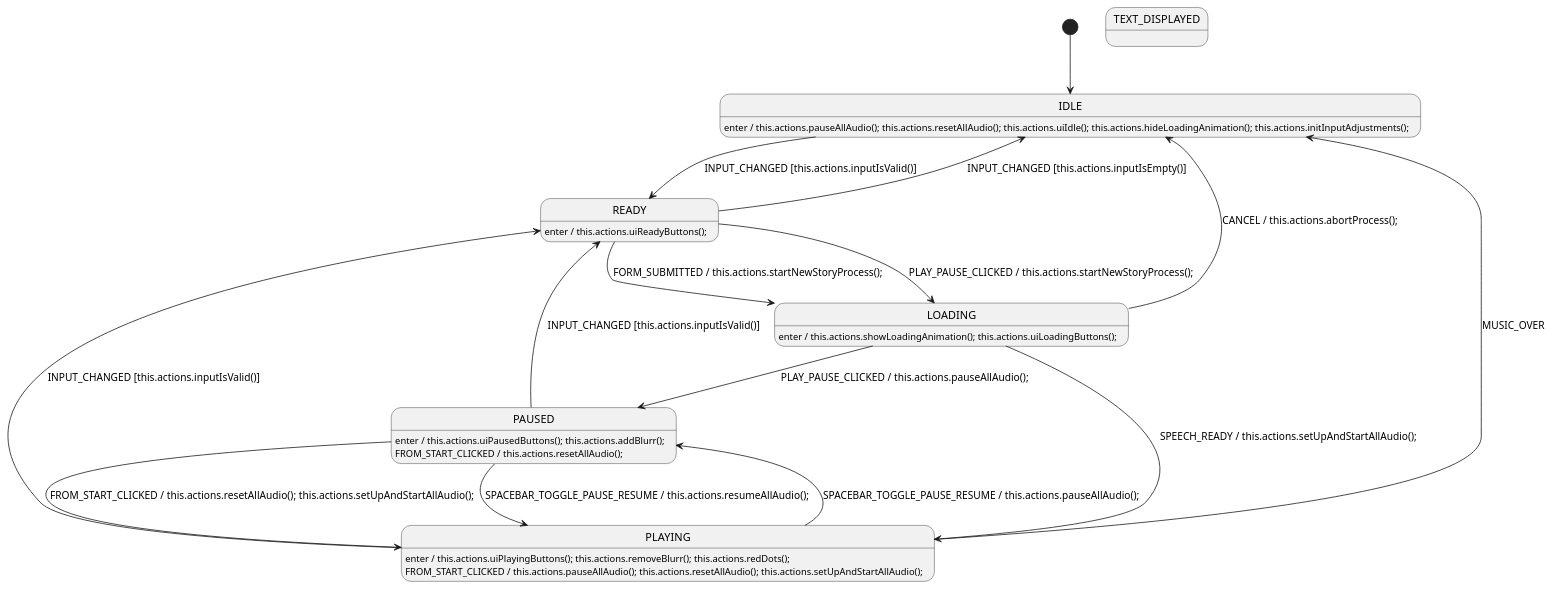
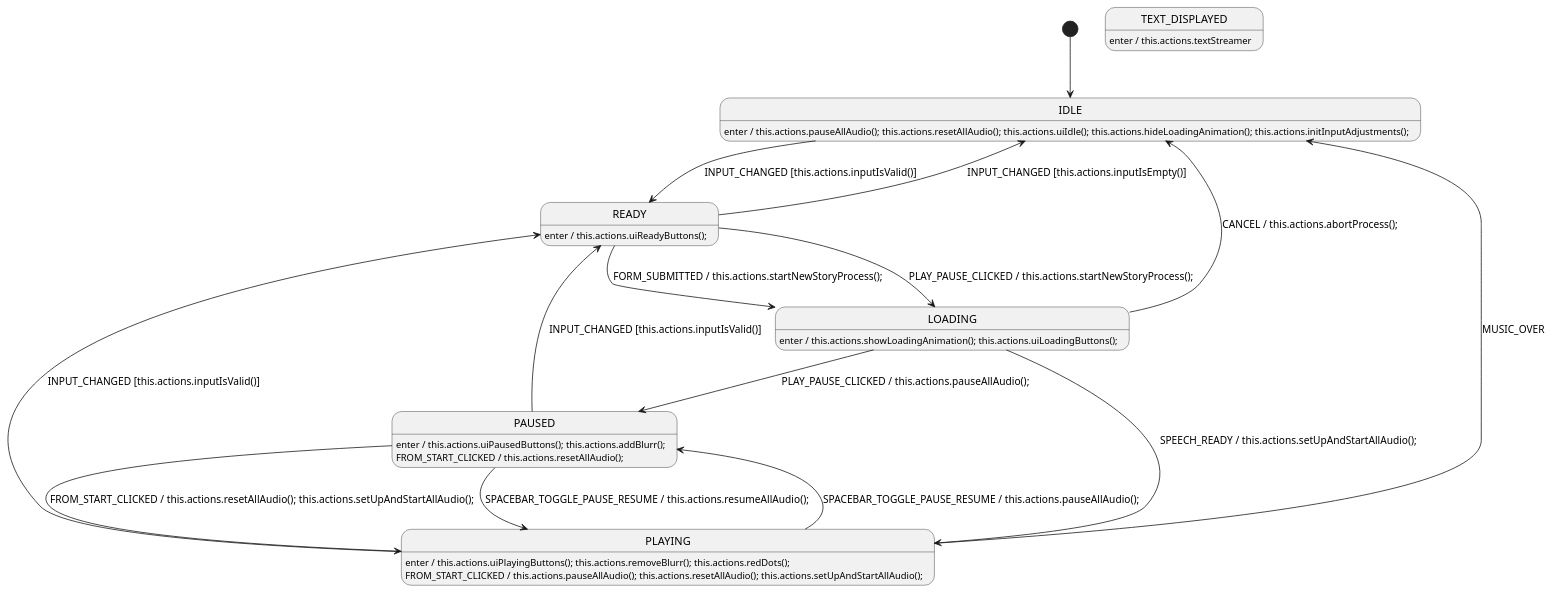
One commit to grannygoestoheaven/teller changed the diagram in static/js/audioSmActions.plantuml. Above: the diagram before and after it, drawn with PlantUML. The commit also changed 23 other files, not shown here.

```diff
--- a/static/js/audioSmActions.plantuml
+++ b/static/js/audioSmActions.plantuml
@@ -1,45 +1,47 @@
 @startuml AudioStateMachine
 
     '############################ States ############################
 
     [*] --> IDLE
 
     state IDLE
     state READY
     state LOADING
     state PLAYING
     state PAUSED
     state TEXT_DISPLAYED
 
     '############################ Handlers ############################
 
     IDLE: enter / this.actions.pauseAllAudio(); this.actions.resetAllAudio(); this.actions.uiIdle(); this.actions.hideLoadingAnimation(); this.actions.initInputAdjustments();
     IDLE --> READY : INPUT_CHANGED [this.actions.inputIsValid()]
 
     READY: enter / this.actions.uiReadyButtons();
     READY --> LOADING : FORM_SUBMITTED / this.actions.startNewStoryProcess();
     READY --> LOADING : PLAY_PAUSE_CLICKED / this.actions.startNewStoryProcess();
     READY --> IDLE : INPUT_CHANGED [this.actions.inputIsEmpty()]
 
     LOADING: enter / this.actions.showLoadingAnimation(); this.actions.uiLoadingButtons();
     LOADING --> PLAYING : SPEECH_READY / this.actions.setUpAndStartAllAudio();
     LOADING --> PAUSED : PLAY_PAUSE_CLICKED / this.actions.pauseAllAudio();
     LOADING --> IDLE : CANCEL / this.actions.abortProcess();
 
     PLAYING: enter / this.actions.uiPlayingButtons(); this.actions.removeBlurr(); this.actions.redDots();
     PLAYING --> PAUSED : SPACEBAR_TOGGLE_PAUSE_RESUME / this.actions.pauseAllAudio();
     PLAYING --> IDLE : MUSIC_OVER
     PLAYING --> READY : INPUT_CHANGED [this.actions.inputIsValid()]
     PLAYING : FROM_START_CLICKED / this.actions.pauseAllAudio(); this.actions.resetAllAudio(); this.actions.setUpAndStartAllAudio();
 
     PAUSED: enter / this.actions.uiPausedButtons(); this.actions.addBlurr();
     PAUSED --> PLAYING : SPACEBAR_TOGGLE_PAUSE_RESUME / this.actions.resumeAllAudio();
     PAUSED --> PLAYING : FROM_START_CLICKED / this.actions.resetAllAudio(); this.actions.setUpAndStartAllAudio();
     PAUSED --> READY : INPUT_CHANGED [this.actions.inputIsValid()]
     PAUSED : FROM_START_CLICKED / this.actions.resetAllAudio();
 
+    TEXT_DISPLAYED: enter / this.actions.textStreamer
+
 /'! $CONFIG : toml
 SmRunnerSettings.transpilerId = "JavaScript"
 '/
 
 @enduml
```
